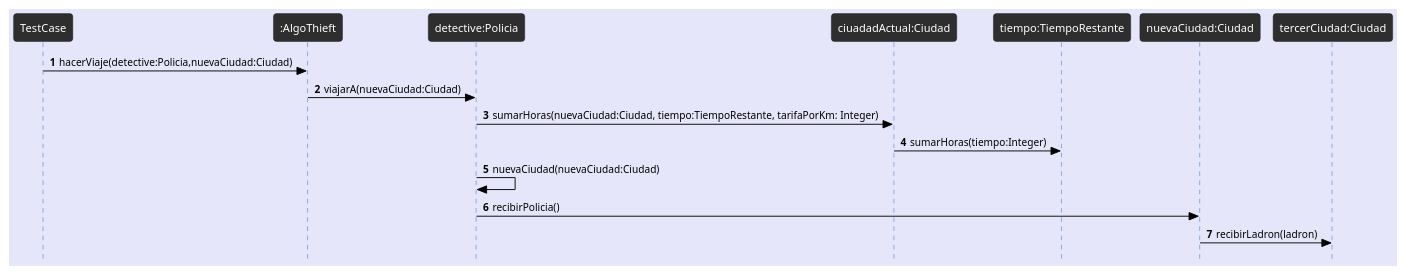
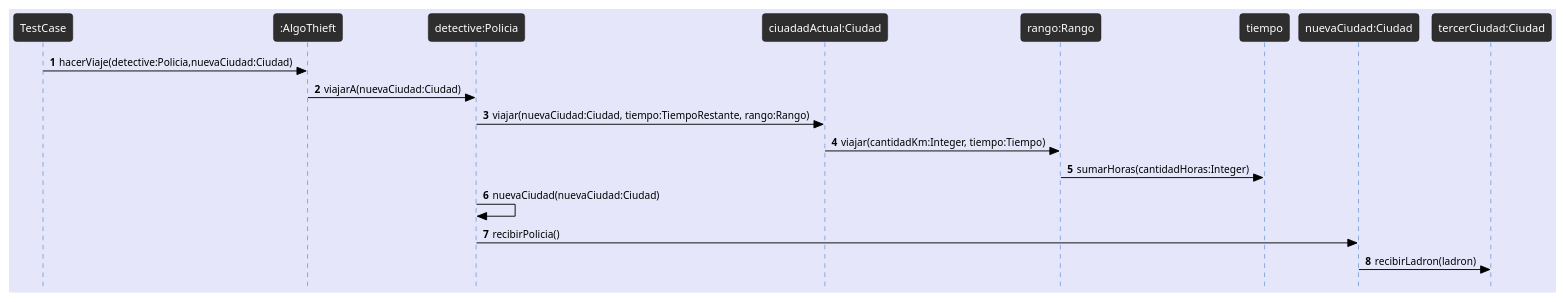
The diagram in docs/Diagramas/Secuencia/caso1-3.plantuml (avilagaston9/algo3_tp2), drawn with PlantUML before and after one commit.

Commit message:
correccion DS caso 3

```diff
--- a/docs/Diagramas/Secuencia/caso1-3.plantuml
+++ b/docs/Diagramas/Secuencia/caso1-3.plantuml
@@ -1,26 +1,26 @@
 @startuml Detective viaja de Montreal a Mexico
 !theme reddress-darkblue
 autonumber
 skinparam style strictuml
 skinparam BackGroundColor lavender
 skinparam RoundCorner 7
 skinparam SequenceGroupFontColor black
 skinparam SequenceGroupBorderColor black
 skinparam SequenceGroupBorderThickness 0.5
 skinparam ArrowFontColor black
 skinparam ArrowColor black
 skinparam ActorFontColor black
 skinparam participantFontSize 12
 skinparam SequenceLifeLineBackGroundColor 2e2e2e
 
 TestCase -> ":AlgoThieft" as juego: hacerViaje(detective:Policia,nuevaCiudad:Ciudad)
 juego -> "detective:Policia" as detective: viajarA(nuevaCiudad:Ciudad)
-detective -> "ciuadadActual:Ciudad" as ciudadActual: sumarHoras(nuevaCiudad:Ciudad, tiempo:TiempoRestante, tarifaPorKm: Integer)
-
-ciudadActual -> "tiempo:TiempoRestante" as tiempo: sumarHoras(tiempo:Integer)
+detective -> "ciuadadActual:Ciudad" as ciudadActual: viajar(nuevaCiudad:Ciudad, tiempo:TiempoRestante, rango:Rango)
+ciudadActual -> "rango:Rango" as rango: viajar(cantidadKm:Integer, tiempo:Tiempo)
+rango -> tiempo : sumarHoras(cantidadHoras:Integer)
 detective -> detective: nuevaCiudad(nuevaCiudad:Ciudad)
 
 detective -> "nuevaCiudad:Ciudad" as nuevaCiudad: recibirPolicia()
 nuevaCiudad -> "tercerCiudad:Ciudad" : recibirLadron(ladron)
 
 @enduml
```
